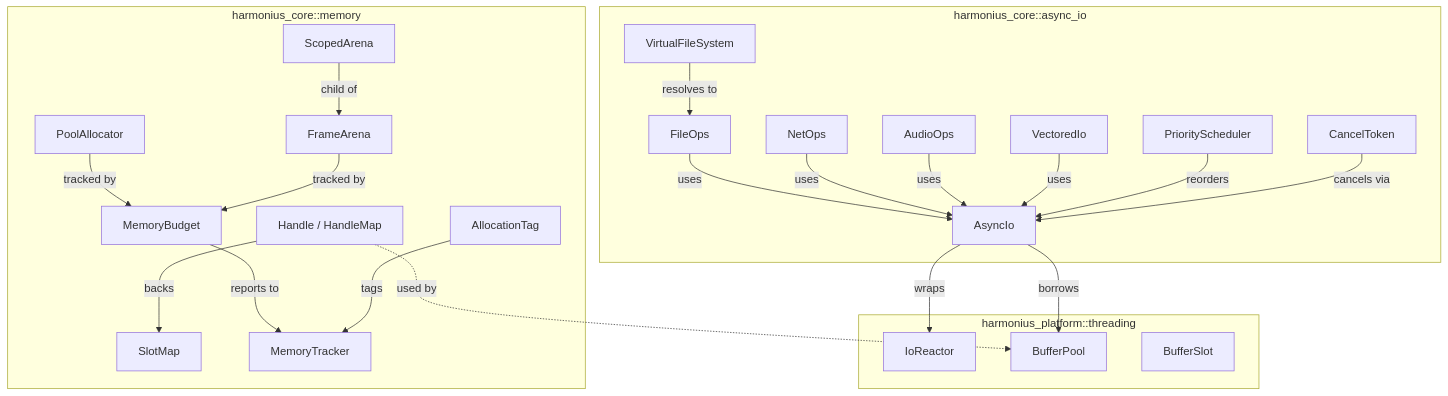
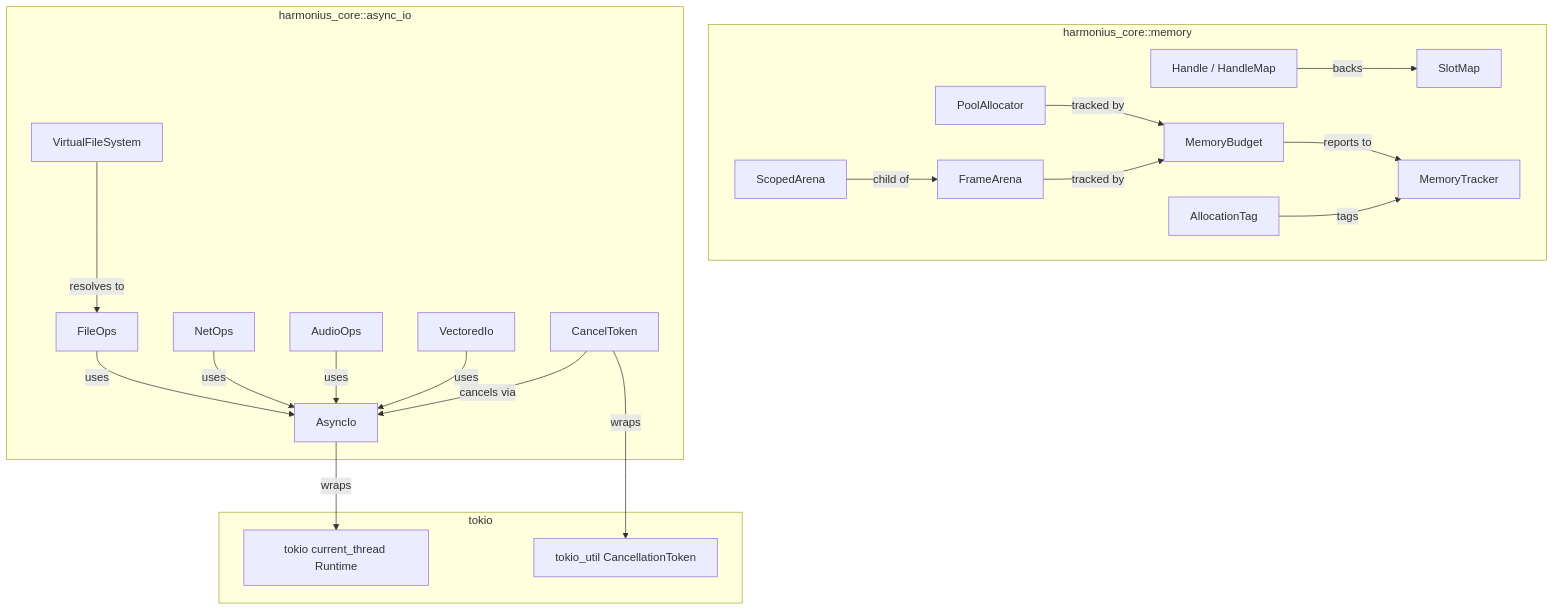
The first of 7 diagrams in docs/design/core-runtime/memory-async-io.md (harmonius-dev/harmonius), drawn with Mermaid before and after one commit. The commit also changed other lines of this file and 229 other files, not shown here.

````diff
--- a/docs/design/core-runtime/memory-async-io.md
+++ b/docs/design/core-runtime/memory-async-io.md
@@ -86,49 +87,44 @@
 ```mermaid
 graph TD
     subgraph "harmonius_core::memory"
         FA[FrameArena]
         SA[ScopedArena]
         PA[PoolAllocator]
         GH[Handle / HandleMap]
         SM[SlotMap]
         MB[MemoryBudget]
         MT[MemoryTracker]
         AT[AllocationTag]
     end
 
     subgraph "harmonius_core::async_io"
         AI[AsyncIo]
         VFS[VirtualFileSystem]
         FIO[FileOps]
         NIO[NetOps]
         AIO[AudioOps]
         VIO[VectoredIo]
-        PS[PriorityScheduler]
         CT[CancelToken]
     end
 
-    subgraph "harmonius_platform::threading"
-        RE[IoReactor]
-        BP[BufferPool]
-        BS[BufferSlot]
+    subgraph "tokio"
+        TR[tokio current_thread Runtime]
+        TU[tokio_util CancellationToken]
     end
 
     SA -->|child of| FA
     GH -->|backs| SM
     PA -->|tracked by| MB
     FA -->|tracked by| MB
     MB -->|reports to| MT
     AT -->|tags| MT
 
-    AI -->|wraps| RE
-    AI -->|borrows| BP
+    AI -->|wraps| TR
     FIO -->|uses| AI
     NIO -->|uses| AI
     AIO -->|uses| AI
     VIO -->|uses| AI
-    PS -->|reorders| AI
+    CT -->|wraps| TU
     CT -->|cancels via| AI
     VFS -->|resolves to| FIO
-
-    GH -.->|used by| BP
 ```
````
